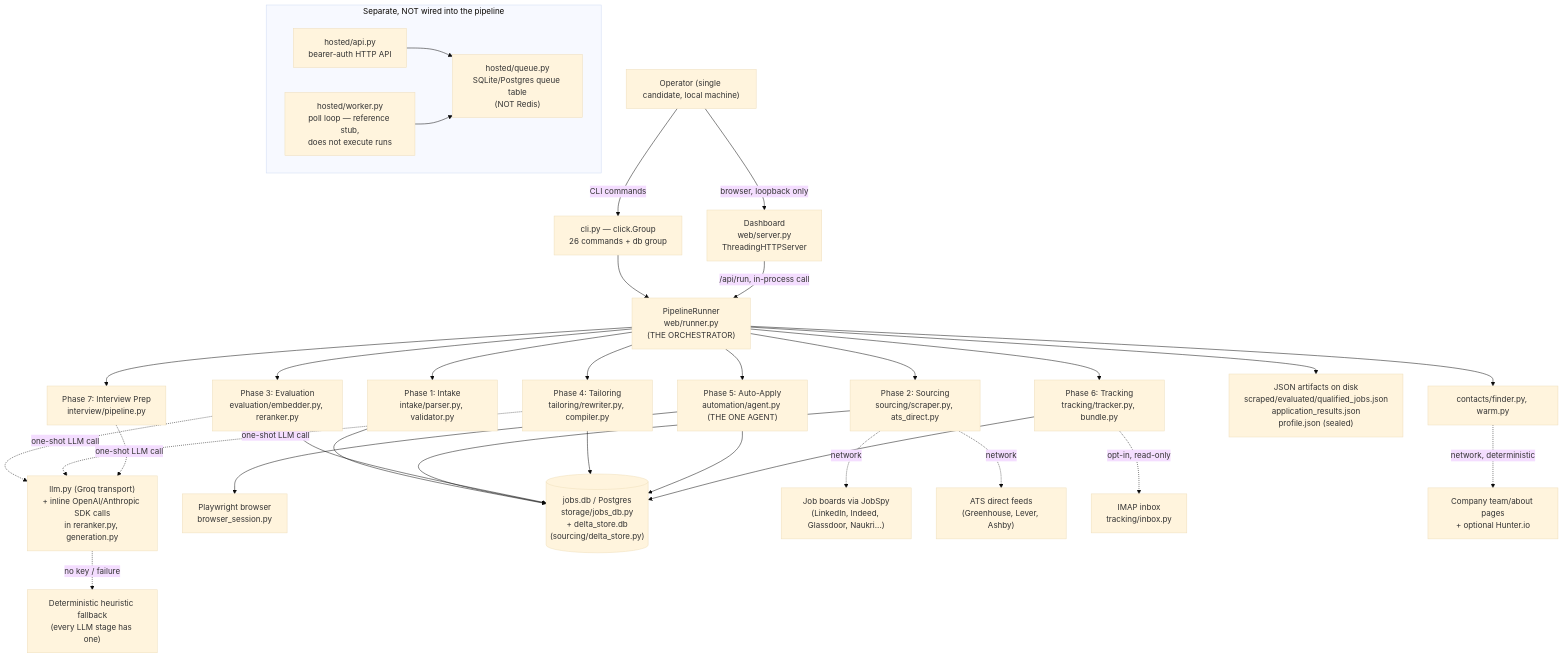
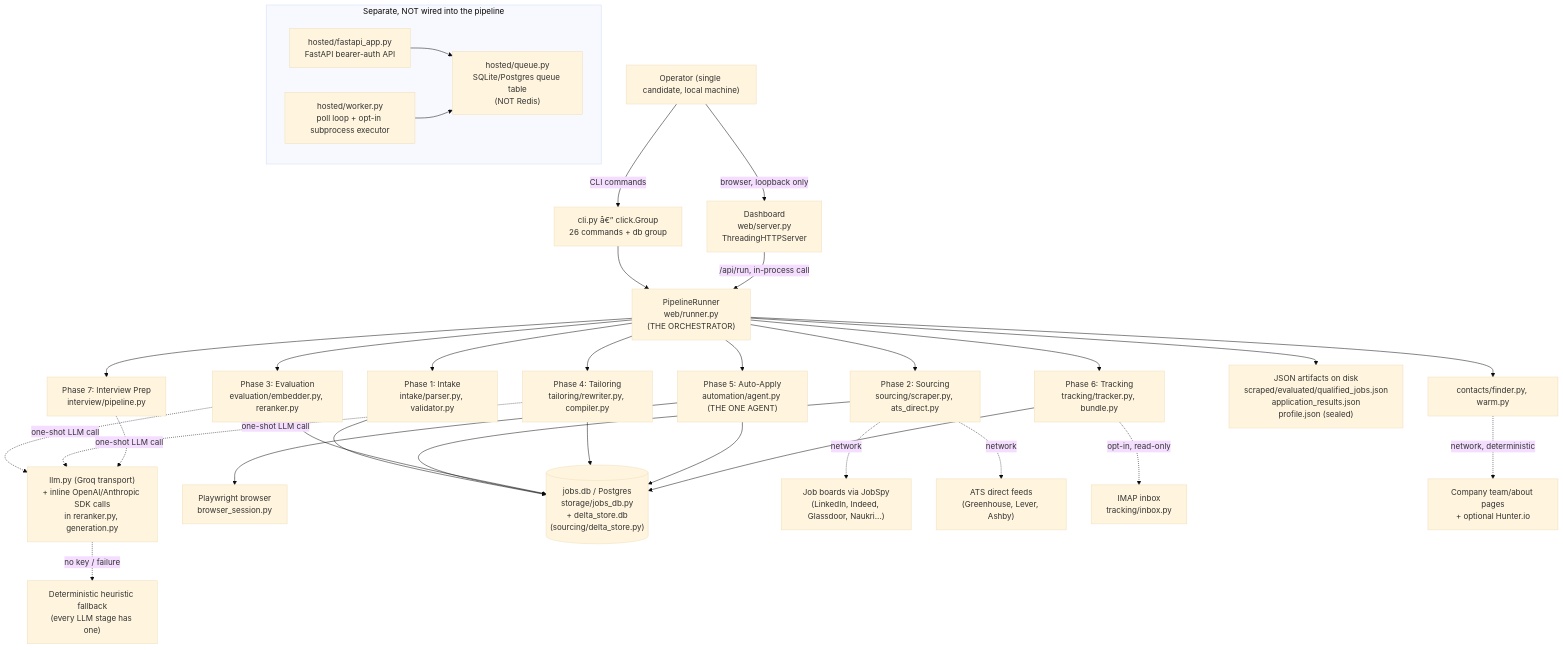
One commit to aryanmehra0/jobagent changed the first of 4 diagrams in docs/JOB_AGENT_COMPLETE_ARCHITECTURE.md. Above: the diagram before and after it, drawn with Mermaid (base theme). The commit also changed other lines of this file and 41 other files, not shown here.

````diff
--- a/docs/JOB_AGENT_COMPLETE_ARCHITECTURE.md
+++ b/docs/JOB_AGENT_COMPLETE_ARCHITECTURE.md
@@ -235,48 +236,48 @@
 ```mermaid
 flowchart TD
     USER["Operator (single candidate, local machine)"]
 
-    USER -->|CLI commands| CLI["cli.py — click.Group\n26 commands + db group"]
+    USER -->|CLI commands| CLI["cli.py â€” click.Group\n26 commands + db group"]
     USER -->|browser, loopback only| DASH["Dashboard\nweb/server.py\nThreadingHTTPServer"]
 
     CLI --> RUNNER
     DASH -->|/api/run, in-process call| RUNNER["PipelineRunner\nweb/runner.py\n(THE ORCHESTRATOR)"]
 
     RUNNER --> P1["Phase 1: Intake\nintake/parser.py, validator.py"]
     RUNNER --> P2["Phase 2: Sourcing\nsourcing/scraper.py, ats_direct.py"]
     RUNNER --> P3["Phase 3: Evaluation\nevaluation/embedder.py, reranker.py"]
     RUNNER --> P4["Phase 4: Tailoring\ntailoring/rewriter.py, compiler.py"]
     RUNNER --> P5["Phase 5: Auto-Apply\nautomation/agent.py (THE ONE AGENT)"]
     RUNNER --> P6["Phase 6: Tracking\ntracking/tracker.py, bundle.py"]
     RUNNER --> P7["Phase 7: Interview Prep\ninterview/pipeline.py"]
 
     P3 -.one-shot LLM call.-> LLM["llm.py (Groq transport)\n+ inline OpenAI/Anthropic SDK calls\nin reranker.py, generation.py"]
     P4 -.one-shot LLM call.-> LLM
     P7 -.one-shot LLM call.-> LLM
     LLM -.->|no key / failure| FALLBACK["Deterministic heuristic fallback\n(every LLM stage has one)"]
 
     P5 --> PW["Playwright browser\nbrowser_session.py"]
 
     P1 --> DB[("jobs.db / Postgres\nstorage/jobs_db.py\n+ delta_store.db\n(sourcing/delta_store.py)")]
     P2 --> DB
     P3 --> DB
     P4 --> DB
     P5 --> DB
     P6 --> DB
 
     RUNNER --> FILES["JSON artifacts on disk\nscraped/evaluated/qualified_jobs.json\napplication_results.json\nprofile.json (sealed)"]
 
     P2 -.network.-> EXT1["Job boards via JobSpy\n(LinkedIn, Indeed, Glassdoor, Naukri...)"]
     P2 -.network.-> EXT2["ATS direct feeds\n(Greenhouse, Lever, Ashby)"]
     P6 -.opt-in, read-only.-> EXT3["IMAP inbox\ntracking/inbox.py"]
     CTX["contacts/finder.py, warm.py"] -.network, deterministic.-> EXT4["Company team/about pages\n+ optional Hunter.io"]
     RUNNER --> CTX
 
     subgraph HOSTED["Separate, NOT wired into the pipeline"]
-      HAPI["hosted/api.py\nbearer-auth HTTP API"]
+      HAPI["hosted/fastapi_app.py\nFastAPI bearer-auth API"]
       HQ["hosted/queue.py\nSQLite/Postgres queue table\n(NOT Redis)"]
-      HW["hosted/worker.py\npoll loop — reference stub,\ndoes not execute runs"]
+      HW["hosted/worker.py\npoll loop + opt-in subprocess executor"]
       HAPI --> HQ
       HW --> HQ
     end
 ```
````
